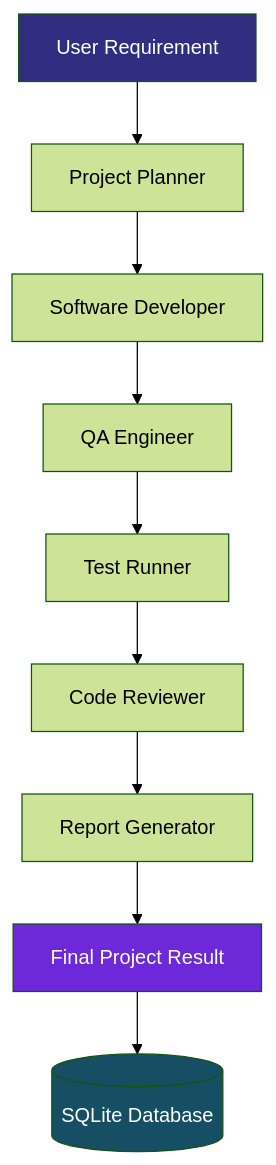
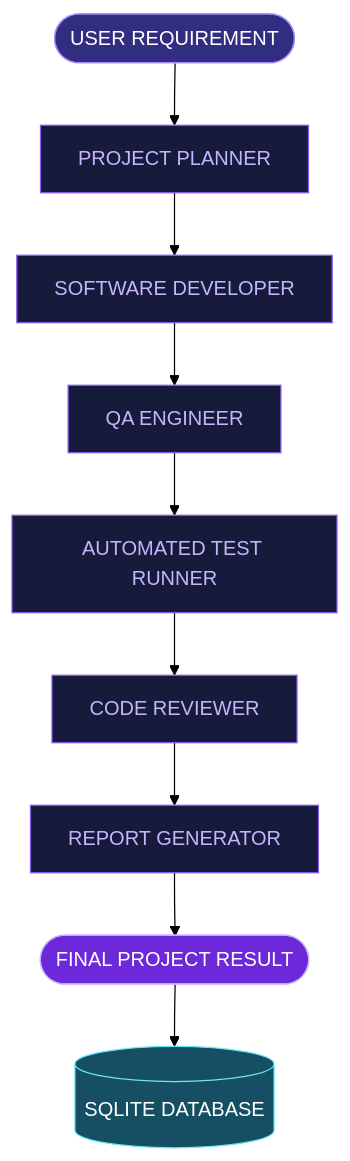
One commit to haniaeman2026-pixel/DevTeam-AI-Orchestrator changed the diagram in README.md. Above: the diagram before and after it, drawn with Mermaid (forest theme). The commit also changed other lines of this file, not shown here.

````diff
--- a/README.md
+++ b/README.md
@@ -61,15 +93,21 @@
 ```mermaid
 flowchart TD
-    A["User Requirement"] --> B["Project Planner"]
-    B --> C["Software Developer"]
-    C --> D["QA Engineer"]
-    D --> E["Test Runner"]
-    E --> F["Code Reviewer"]
-    F --> G["Report Generator"]
-    G --> H["Final Project Result"]
-    H --> I[("SQLite Database")]
+    A(["USER REQUIREMENT"]) --> B["PROJECT PLANNER"]
+    B --> C["SOFTWARE DEVELOPER"]
+    C --> D["QA ENGINEER"]
+    D --> E["AUTOMATED TEST RUNNER"]
+    E --> F["CODE REVIEWER"]
+    F --> G["REPORT GENERATOR"]
+    G --> H(["FINAL PROJECT RESULT"])
+    H --> I[("SQLITE DATABASE")]
 
-    style A fill:#312E81,color:#fff
-    style H fill:#6D28D9,color:#fff
-    style I fill:#164E63,color:#fff
+    style A fill:#312E81,color:#fff,stroke:#A78BFA
+    style B fill:#171B3B,color:#C4B5FD,stroke:#8B5CF6
+    style C fill:#171B3B,color:#C4B5FD,stroke:#8B5CF6
+    style D fill:#171B3B,color:#C4B5FD,stroke:#8B5CF6
+    style E fill:#171B3B,color:#C4B5FD,stroke:#8B5CF6
+    style F fill:#171B3B,color:#C4B5FD,stroke:#8B5CF6
+    style G fill:#171B3B,color:#C4B5FD,stroke:#8B5CF6
+    style H fill:#6D28D9,color:#fff,stroke:#C4B5FD
+    style I fill:#164E63,color:#fff,stroke:#67E8F9
 ```
````
